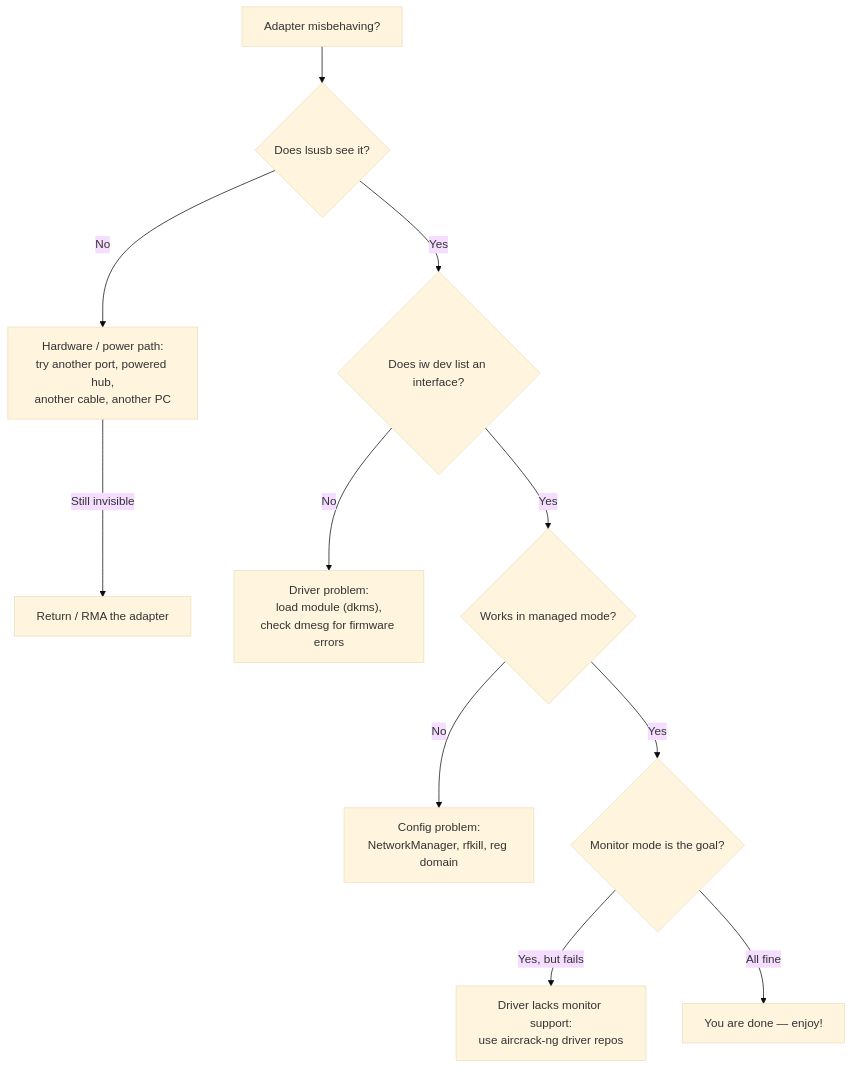
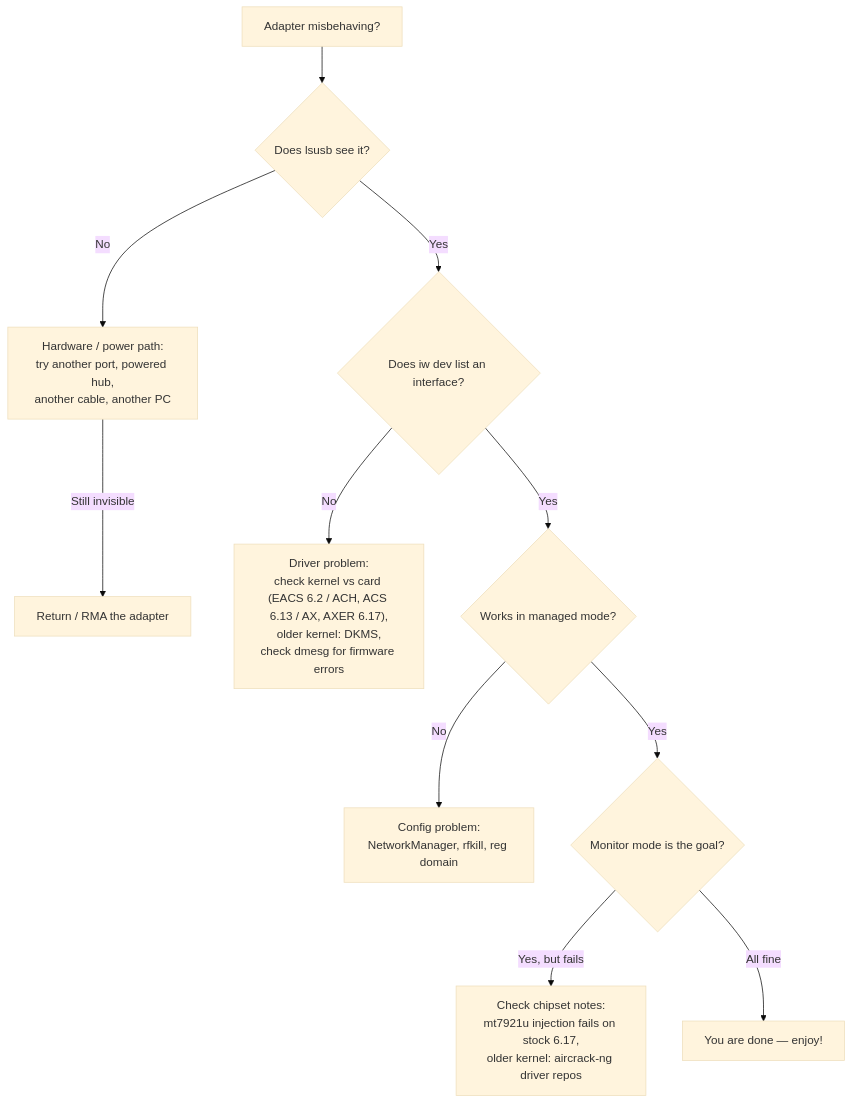
One commit to yopitek/yupitek-wiki changed the diagram in i18n/zh-CN/docusaurus-plugin-content-docs/current/01-alfa-network/troubleshooting.md. Above: the diagram before and after it, drawn with Mermaid (base theme). The commit also changed other lines of this file and 108 other files, not shown here.

````diff
--- a/i18n/zh-CN/docusaurus-plugin-content-docs/current/01-alfa-network/troubleshooting.md
+++ b/i18n/zh-CN/docusaurus-plugin-content-docs/current/01-alfa-network/troubleshooting.md
@@ -15,13 +15,13 @@
 ```mermaid
 flowchart TD
     A["Adapter misbehaving?"] --> B{"Does lsusb see it?"}
     B -->|"No"| C["Hardware / power path:<br/>try another port, powered hub,<br/>another cable, another PC"]
     C -->|"Still invisible"| D["Return / RMA the adapter"]
     B -->|"Yes"| E{"Does iw dev list an interface?"}
-    E -->|"No"| F["Driver problem:<br/>load module (dkms),<br/>check dmesg for firmware errors"]
+    E -->|"No"| F["Driver problem:<br/>check kernel vs card (EACS 6.2 / ACH, ACS 6.13 / AX, AXER 6.17),<br/>older kernel: DKMS,<br/>check dmesg for firmware errors"]
     E -->|"Yes"| G{"Works in managed mode?"}
     G -->|"No"| H["Config problem:<br/>NetworkManager, rfkill, reg domain"]
     G -->|"Yes"| I{"Monitor mode is the goal?"}
-    I -->|"Yes, but fails"| J["Driver lacks monitor support:<br/>use aircrack-ng driver repos"]
+    I -->|"Yes, but fails"| J["Check chipset notes:<br/>mt7921u injection fails on stock 6.17,<br/>older kernel: aircrack-ng driver repos"]
     I -->|"All fine"| K["You are done — enjoy!"]
 ```
````
